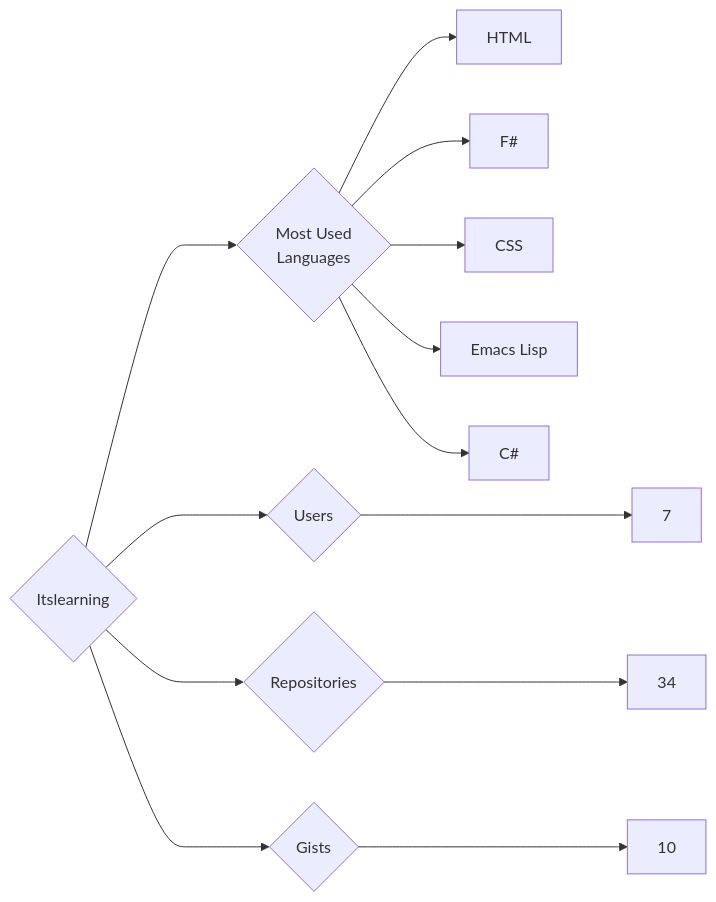
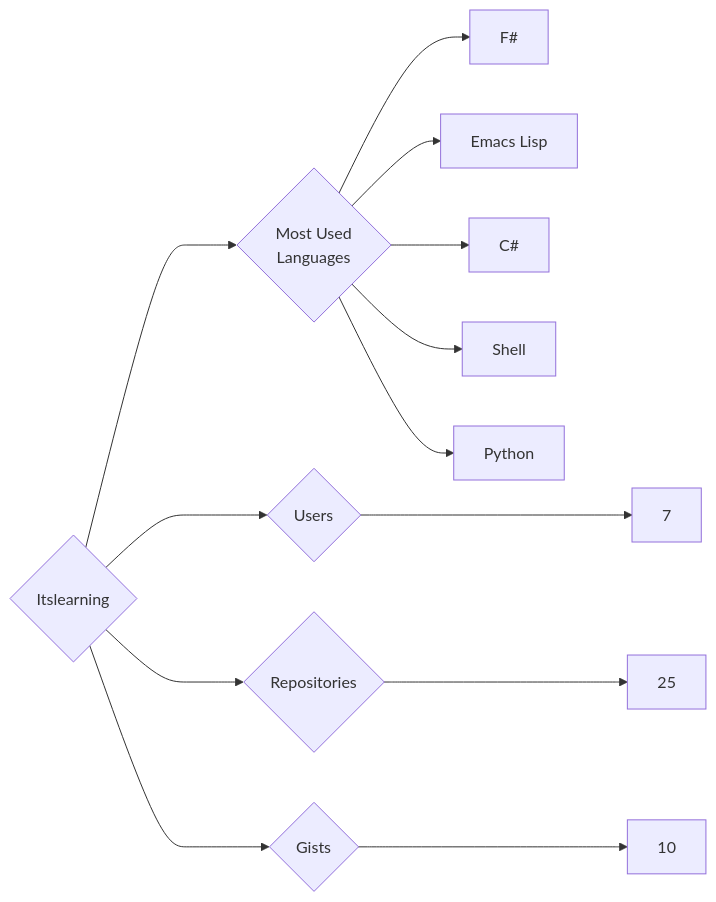
Before and after one commit to trickest/insiders: the diagram in targets/Itslearning/README.md, drawn with Mermaid. The commit also changed 736 other files, not shown here.

````diff
--- a/targets/Itslearning/README.md
+++ b/targets/Itslearning/README.md
@@ -3,13 +3,13 @@
 ```mermaid
 graph LR
 COMPANY_NAME{Itslearning}
 COMPANY_NAME ---> U{Users} ---> UN[7]
-COMPANY_NAME ---> R{Repositories} ---> RN[34]
+COMPANY_NAME ---> R{Repositories} ---> RN[25]
 COMPANY_NAME ---> G{Gists} ---> GN[10]
 COMPANY_NAME ---> ML{Most Used<br>Languages}
-ML --> HTML[HTML]
 ML --> F#[F#]
-ML --> CSS[CSS]
 ML --> Emacs_Lisp[Emacs Lisp]
 ML --> C#[C#]
+ML --> Shell[Shell]
+ML --> Python[Python]
 ```
````
